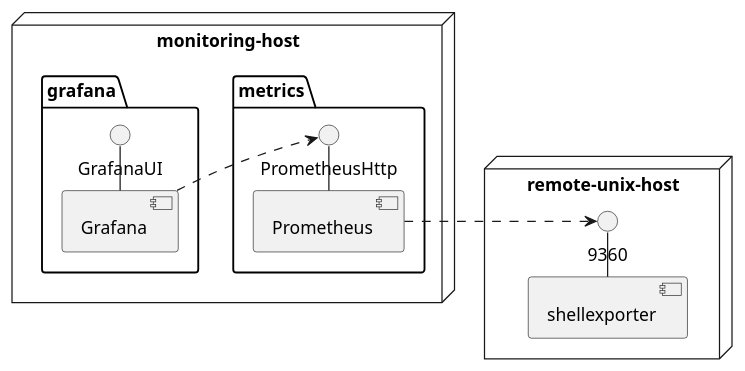
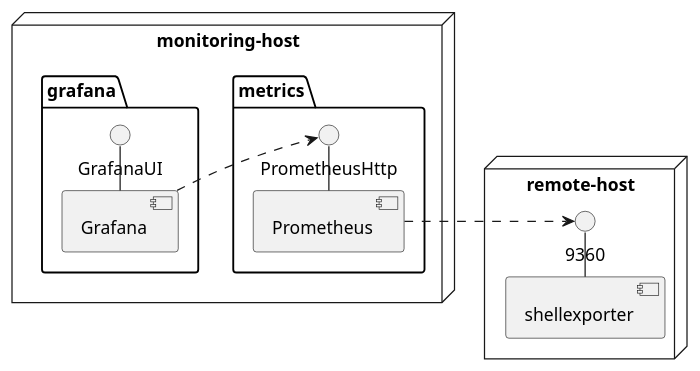
One commit to telekom-mms/falcon-eye-monitoring changed the diagram in readme/context-fem-shellexporter.iuml. Above: the diagram before and after it, drawn with PlantUML.

```diff
--- a/readme/context-fem-shellexporter.iuml
+++ b/readme/context-fem-shellexporter.iuml
@@ -1,20 +1,20 @@
 @startuml
 left to right direction
 
-node "remote-unix-host" {
+node "remote-host" {
   [shellexporter] - 9360
 
 }
 
 node "monitoring-host" {
   package "metrics" {
     [Prometheus] ..> 9360
     [Prometheus] - PrometheusHttp
   }
 
   package "grafana" {
     [Grafana] - GrafanaUI
     [Grafana] ..> PrometheusHttp
   }
 }
 @enduml
```
